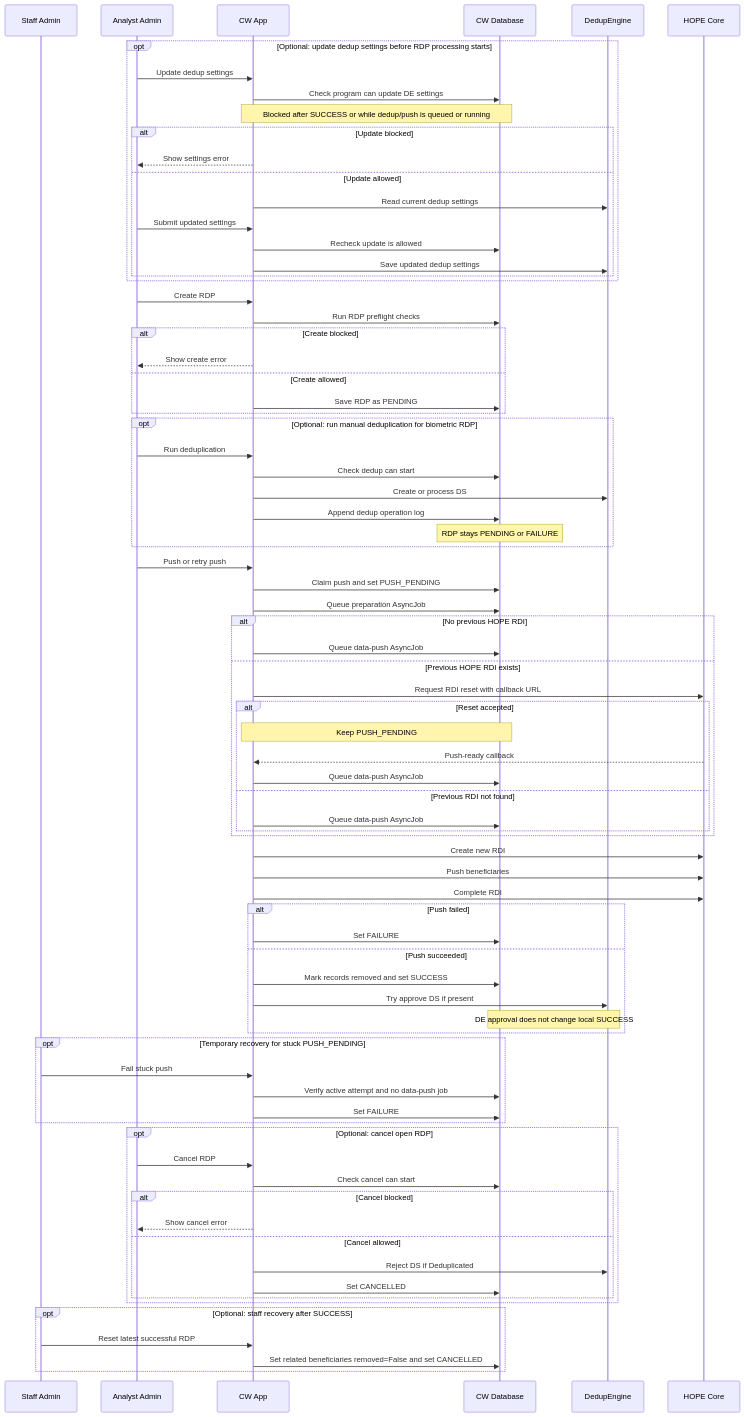
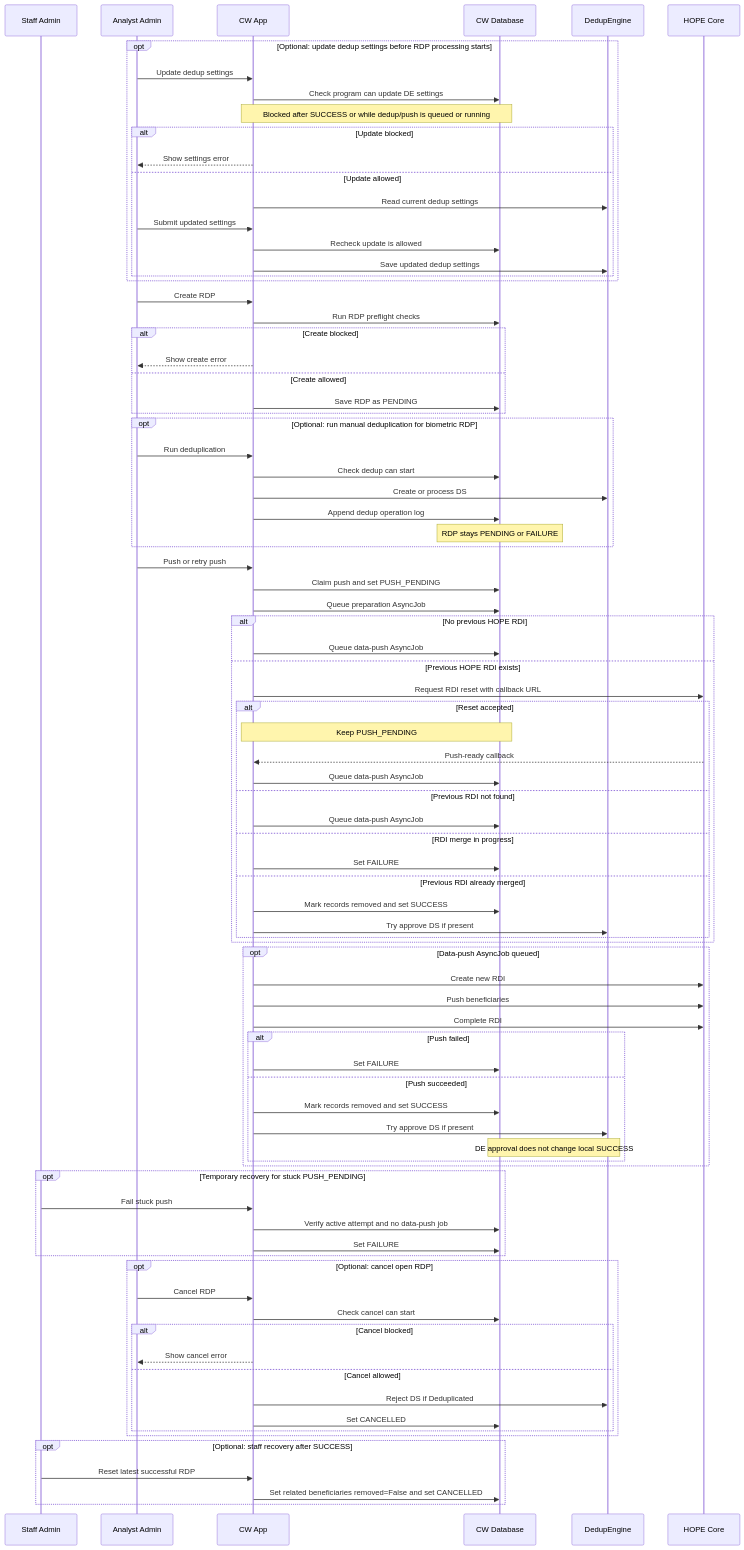
Before and after one commit to unicef/hope-country-workspace: the second of 3 diagrams in docs/src/flows/rdp_lifecycle.md, drawn with Mermaid. The commit also changed other lines of this file and 4 other files, not shown here.

Commit message:
Handle HOPE RDI reset conflicts

```diff
--- a/docs/src/flows/rdp_lifecycle.md
+++ b/docs/src/flows/rdp_lifecycle.md
@@ -120,19 +120,26 @@
             App->>DB: Queue data-push AsyncJob
         else Previous RDI not found
             App->>DB: Queue data-push AsyncJob
+        else RDI merge in progress
+            App->>DB: Set FAILURE
+        else Previous RDI already merged
+            App->>DB: Mark records removed and set SUCCESS
+            App->>DE: Try approve DS if present
         end
     end
 
-    App->>HOPE: Create new RDI
-    App->>HOPE: Push beneficiaries
-    App->>HOPE: Complete RDI
+    opt Data-push AsyncJob queued
+        App->>HOPE: Create new RDI
+        App->>HOPE: Push beneficiaries
+        App->>HOPE: Complete RDI
 
-    alt Push failed
-        App->>DB: Set FAILURE
-    else Push succeeded
-        App->>DB: Mark records removed and set SUCCESS
-        App->>DE: Try approve DS if present
-        Note over DB,DE: DE approval does not change local SUCCESS
+        alt Push failed
+            App->>DB: Set FAILURE
+        else Push succeeded
+            App->>DB: Mark records removed and set SUCCESS
+            App->>DE: Try approve DS if present
+            Note over DB,DE: DE approval does not change local SUCCESS
+        end
     end
 
     opt Temporary recovery for stuck PUSH_PENDING
```
